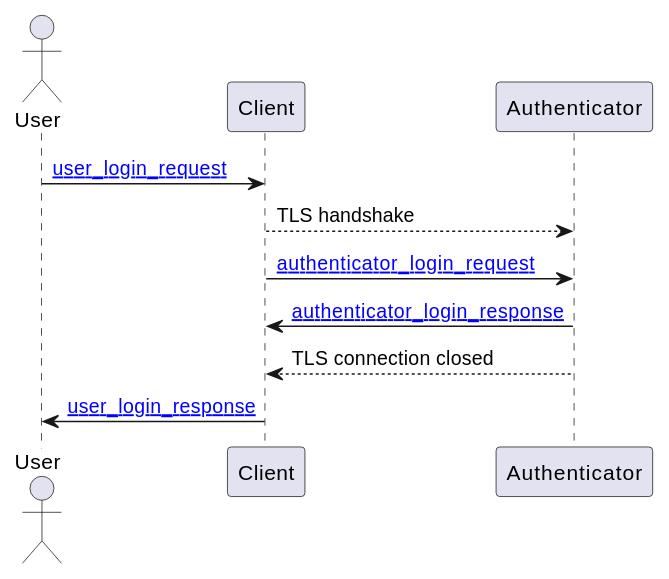
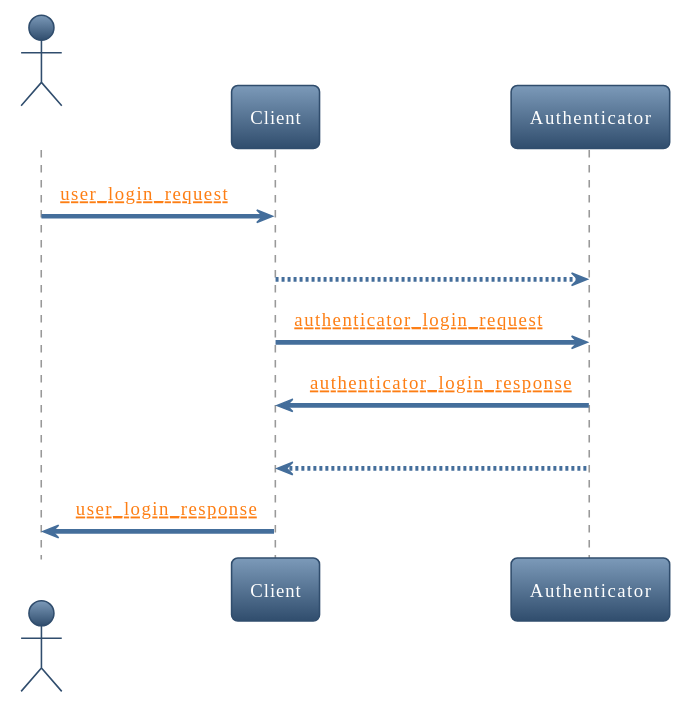
The first of 2 diagrams in docs/sequence.md (dgolbourn/eiko), drawn with PlantUML before and after one commit. The commit also changed other lines of this file, not shown here.

```diff
--- a/docs/sequence.md
+++ b/docs/sequence.md
@@ -5,11 +5,12 @@
 :::{plantuml}
     @startuml
+    !theme spacelab
     actor User
     User -> Client : [[https://github.com/dgolbourn/eiko/blob/main/res/schemas/user_login_request.json user_login_request]]
     Client --> Authenticator : TLS handshake
     Client -> Authenticator : [[https://github.com/dgolbourn/eiko/blob/main/res/schemas/authenticator_login_request.json authenticator_login_request]]
     Authenticator -> Client : [[https://github.com/dgolbourn/eiko/blob/main/res/schemas/authenticator_login_response.json authenticator_login_response]]
     Client <-- Authenticator : TLS connection closed
     Client -> User : [[https://github.com/dgolbourn/eiko/blob/main/res/schemas/user_login_response.json user_login_response]]
     @enduml
 :::
```
